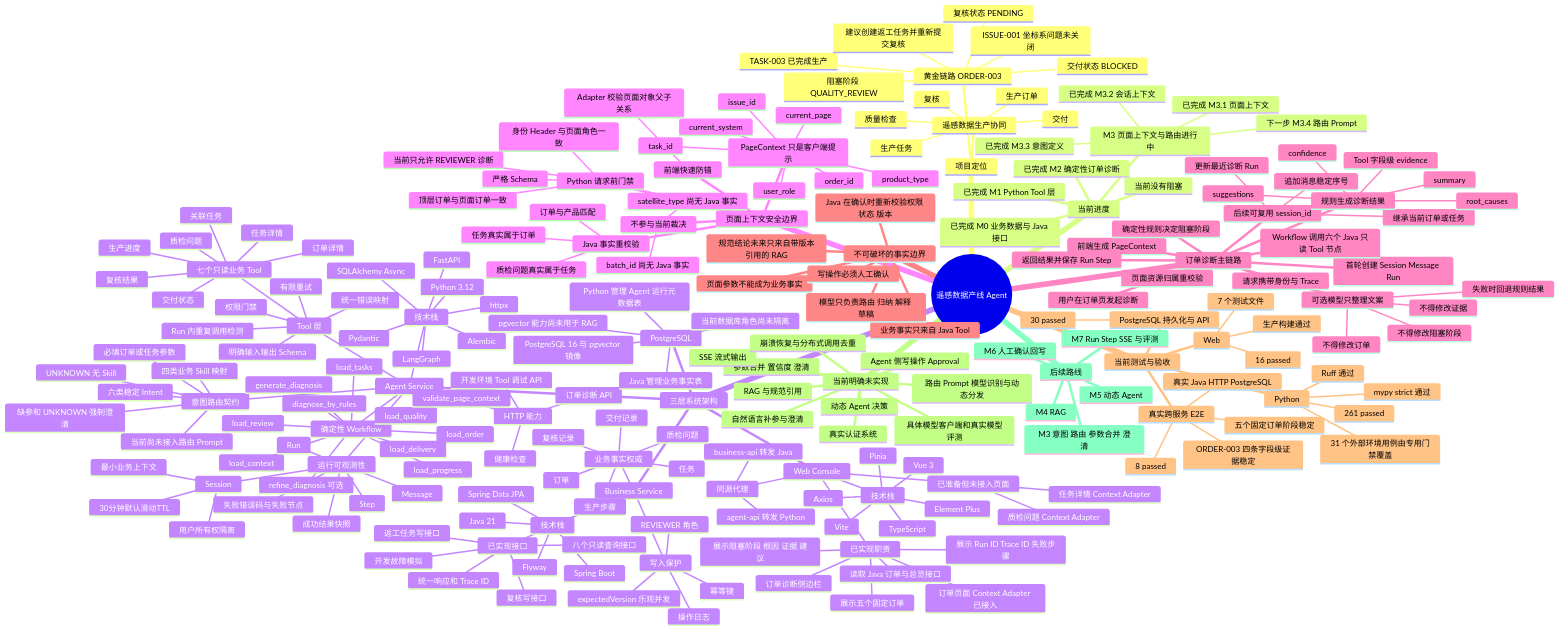
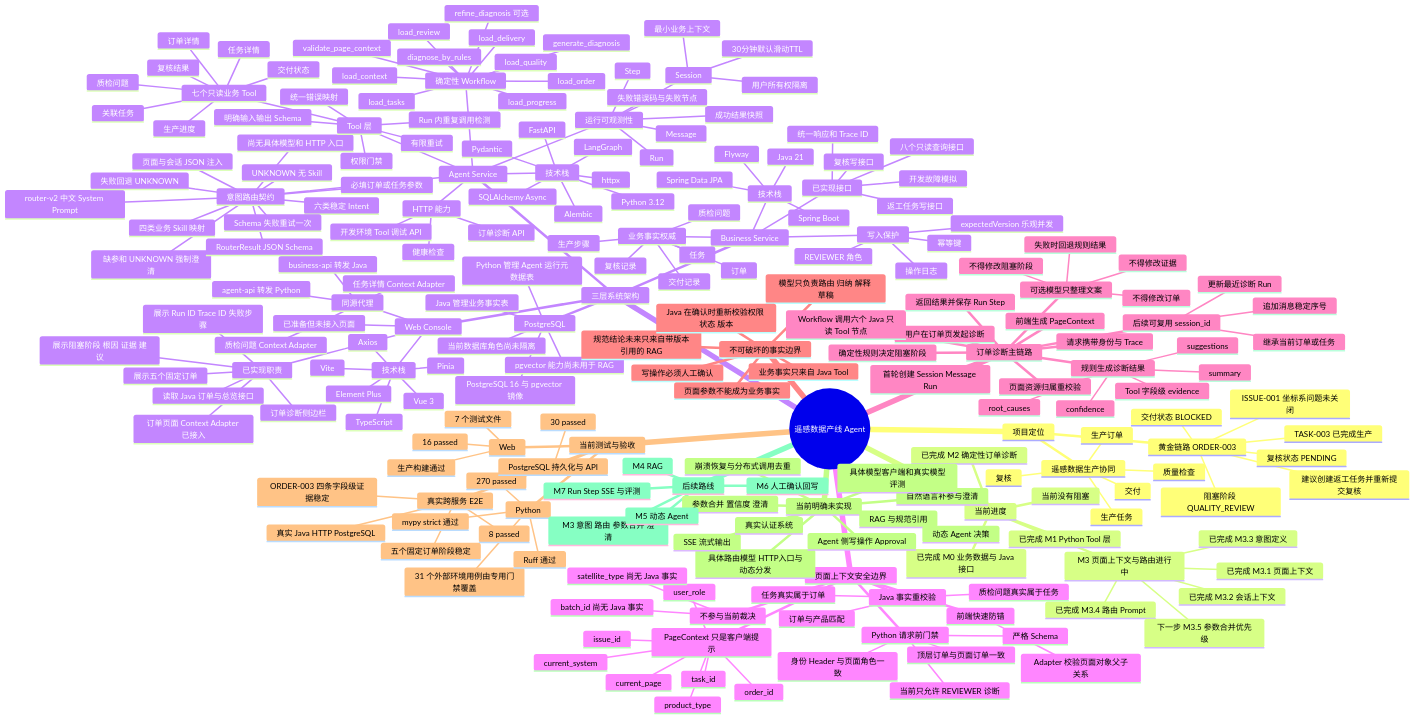
One commit to GaoZWei/productline-agent changed the diagram in docs/current-system-mindmap.md. Above: the diagram before and after it, drawn with Mermaid. The commit also changed other lines of this file and 16 other files, not shown here.

```diff
--- a/docs/current-system-mindmap.md
+++ b/docs/current-system-mindmap.md
@@ -30,7 +30,8 @@
         已完成 M3.1 页面上下文
         已完成 M3.2 会话上下文
         已完成 M3.3 意图定义
-        下一步 M3.4 路由 Prompt
+        已完成 M3.4 路由 Prompt
+        下一步 M3.5 参数合并优先级
       当前没有阻塞
     三层系统架构
       Web Console
@@ -73,7 +74,12 @@
           四类业务 Skill 映射
           UNKNOWN 无 Skill
           缺参和 UNKNOWN 强制澄清
-          当前尚未接入路由 Prompt
+          router-v2 中文 System Prompt
+          页面与会话 JSON 注入
+          RouterResult JSON Schema
+          Schema 失败重试一次
+          失败回退 UNKNOWN
+          尚无具体模型和 HTTP 入口
         Tool 层
           七个只读业务 Tool
             订单详情
@@ -196,7 +202,7 @@
       Java 在确认时重新校验权限 状态 版本
     当前测试与验收
       Python
-        261 passed
+        270 passed
         31 个外部环境用例由专用门禁覆盖
         Ruff 通过
         mypy strict 通过
@@ -212,7 +218,7 @@
         五个固定订单阶段稳定
         ORDER-003 四条字段级证据稳定
     当前明确未实现
-      路由 Prompt 模型识别与动态分发
+      具体路由模型 HTTP入口与动态分发
       自然语言补参与澄清
       参数合并 置信度 澄清
       RAG 与规范引用
```
